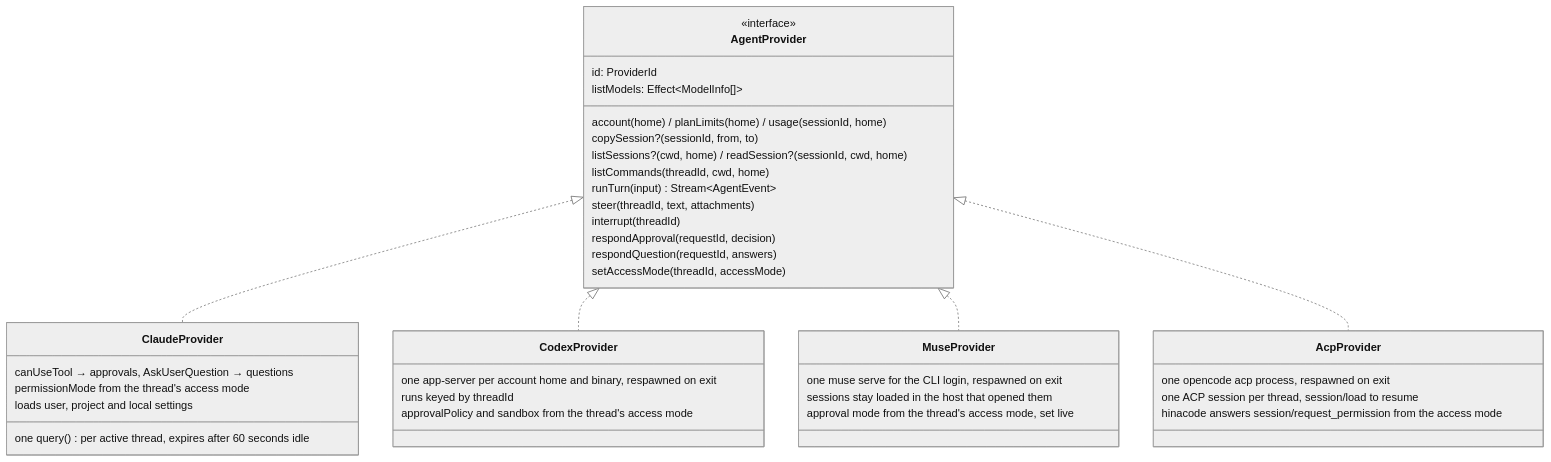
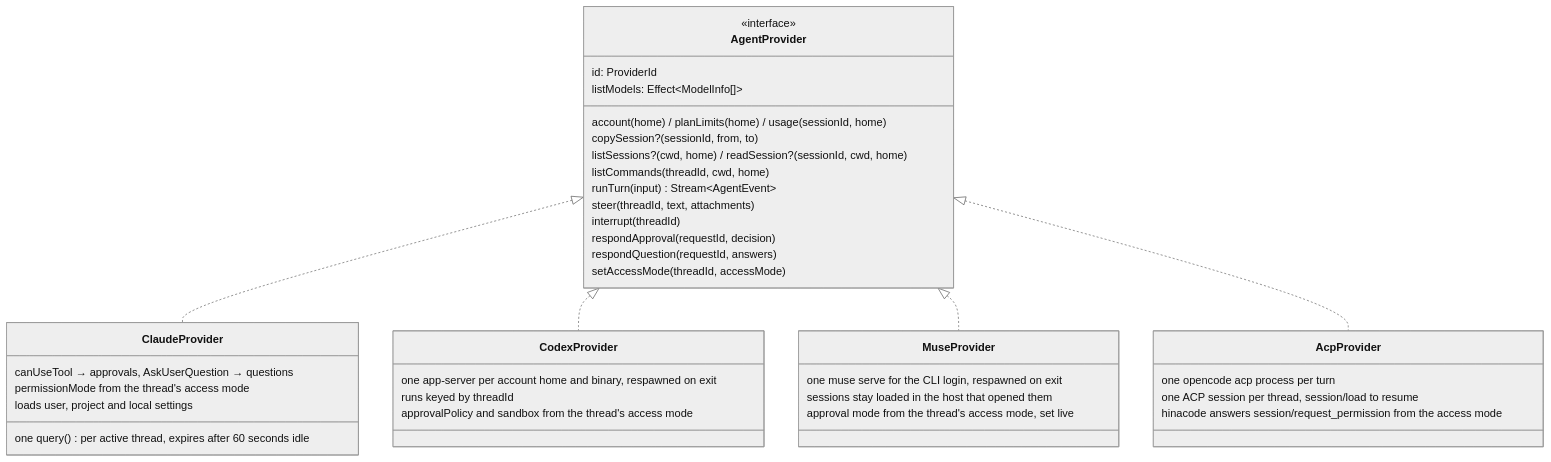
The fifth of 17 diagrams in docs/arch.md (hinadev-ai/hinacode), drawn with Mermaid (neutral theme) before and after one commit. The commit also changed 2 other files, not shown here.

Commit message:
docs: describe opencode's process per turn

````diff
--- a/docs/arch.md
+++ b/docs/arch.md
@@ -153,43 +153,43 @@
 ```mermaid
 classDiagram
   class AgentProvider {
     <<interface>>
     id: ProviderId
     listModels: Effect~ModelInfo[]~
     account(home) / planLimits(home) / usage(sessionId, home)
     copySession?(sessionId, from, to)
     listSessions?(cwd, home) / readSession?(sessionId, cwd, home)
     listCommands(threadId, cwd, home)
     runTurn(input) Stream~AgentEvent~
     steer(threadId, text, attachments)
     interrupt(threadId)
     respondApproval(requestId, decision)
     respondQuestion(requestId, answers)
     setAccessMode(threadId, accessMode)
   }
   class ClaudeProvider {
     one query() per active thread, expires after 60 seconds idle
     canUseTool → approvals, AskUserQuestion → questions
     permissionMode from the thread's access mode
     loads user, project and local settings
   }
   class CodexProvider {
     one app-server per account home and binary, respawned on exit
     runs keyed by threadId
     approvalPolicy and sandbox from the thread's access mode
   }
   class MuseProvider {
     one muse serve for the CLI login, respawned on exit
     sessions stay loaded in the host that opened them
     approval mode from the thread's access mode, set live
   }
   class AcpProvider {
-    one opencode acp process, respawned on exit
+    one opencode acp process per turn
     one ACP session per thread, session/load to resume
     hinacode answers session/request_permission from the access mode
   }
   AgentProvider <|.. ClaudeProvider
   AgentProvider <|.. CodexProvider
   AgentProvider <|.. MuseProvider
   AgentProvider <|.. AcpProvider
 ```
````
